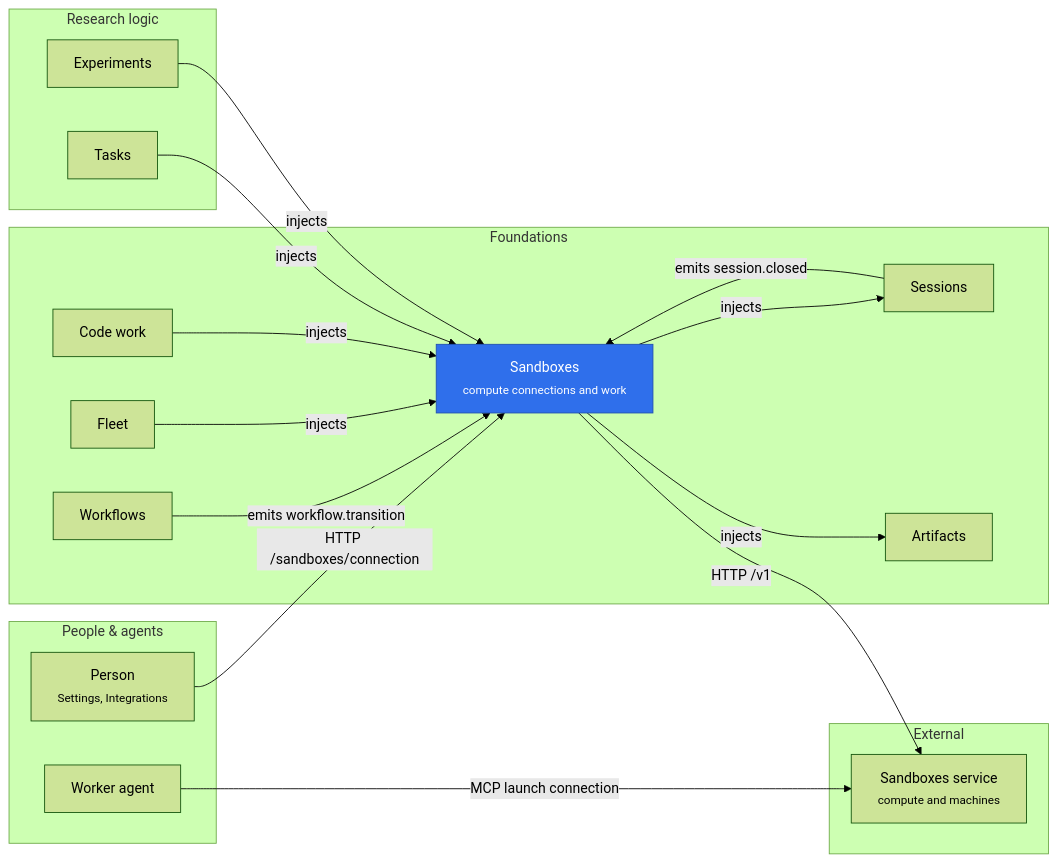
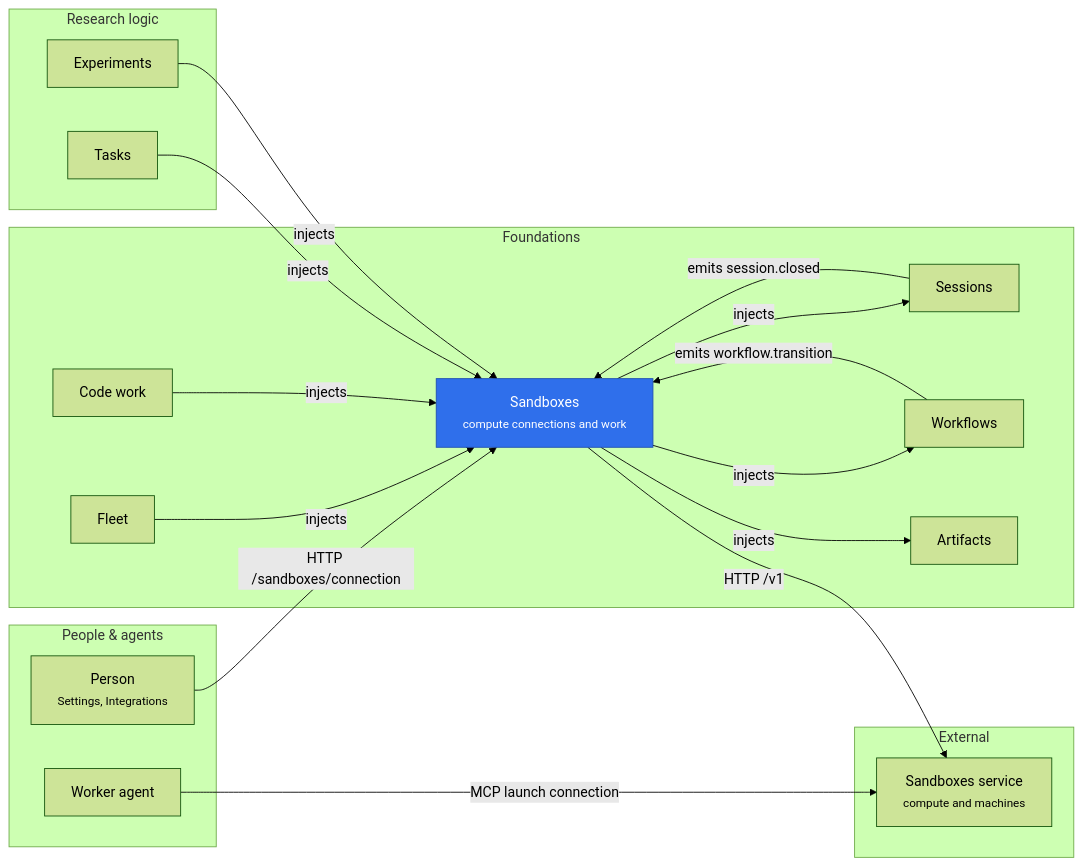
Before and after one commit to rapidreview-io/Merv: the diagram in merv-typescript/packages/sandboxes/README.md, drawn with Mermaid (forest theme). The commit also changed 22 other files, not shown here.

````diff
--- a/merv-typescript/packages/sandboxes/README.md
+++ b/merv-typescript/packages/sandboxes/README.md
@@ -5,35 +5,36 @@
 ```mermaid
 flowchart LR
   subgraph peopleLayer["People & agents"]
     person["Person<br/><small>Settings, Integrations</small>"]
     workerAgent["Worker agent"]
   end
   subgraph researchLayer["Research logic"]
     tasks["Tasks"]
     experiments["Experiments"]
   end
   subgraph foundationsLayer["Foundations"]
     sandboxes["Sandboxes<br/><small>compute connections and work</small>"]
     sessions["Sessions"]
     workflows["Workflows"]
     artifacts["Artifacts"]
     fleet["Fleet"]
     codeWork["Code work"]
   end
   subgraph externalLayer["External"]
     sandboxesService["Sandboxes service<br/><small>compute and machines</small>"]
   end
   person -- "HTTP /sandboxes/connection" --> sandboxes
   sandboxes -- "HTTP /v1" --> sandboxesService
   workerAgent -- "MCP launch connection" --> sandboxesService
   sandboxes -- "injects" --> sessions
   sandboxes -- "injects" --> artifacts
+  sandboxes -- "injects" --> workflows
   sessions -- "emits session.closed" --> sandboxes
   workflows -- "emits workflow.transition" --> sandboxes
   fleet -- "injects" --> sandboxes
   codeWork -- "injects" --> sandboxes
   tasks -- "injects" --> sandboxes
   experiments -- "injects" --> sandboxes
   classDef self fill:#2f6feb,color:#fff,stroke:#1f4fb0
   class sandboxes self
 ```
````
